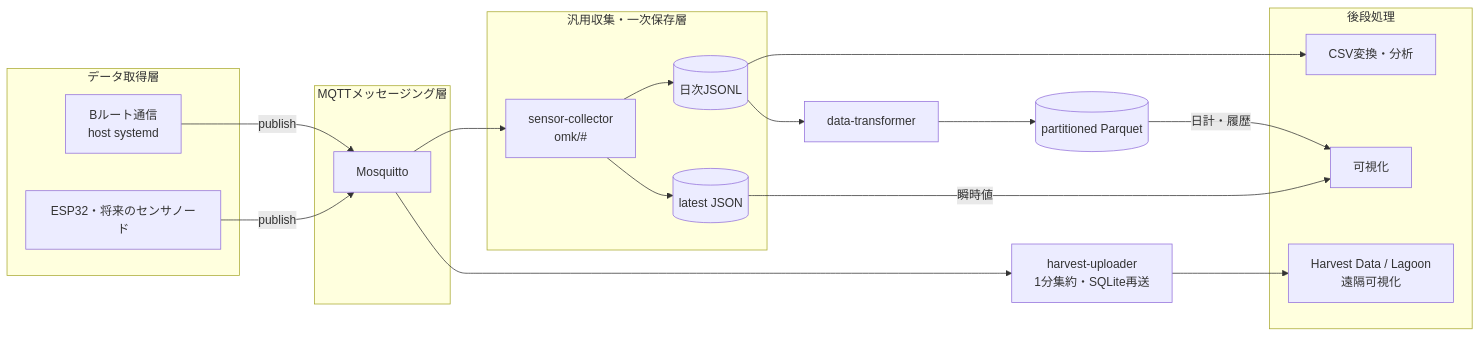
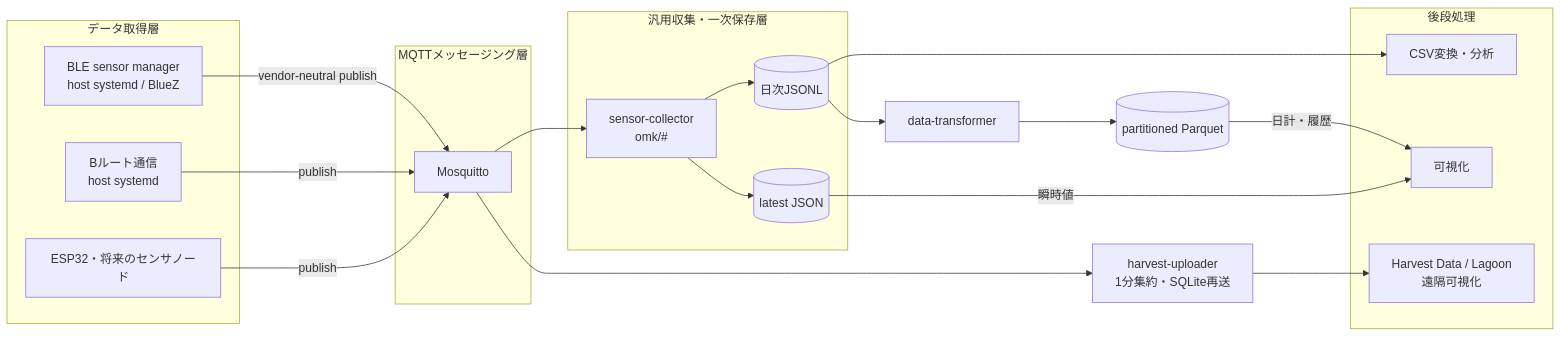
The second of 2 diagrams in docs/architecture.md (shattori-criepi/omk), drawn with Mermaid before and after one commit. The commit also changed 19 other files, not shown here.

Commit message:
Add SwitchBot BLE sensor setup and management

````diff
--- a/docs/architecture.md
+++ b/docs/architecture.md
@@ -91,31 +91,33 @@
 ```mermaid
 flowchart LR
     subgraph Acquisition[データ取得層]
         ESP[ESP32・将来のセンサノード]
         BR[Bルート通信<br/>host systemd]
+        BLE[BLE sensor manager<br/>host systemd / BlueZ]
     end
     subgraph Messaging[MQTTメッセージング層]
         MQ[Mosquitto]
     end
     subgraph Collection[汎用収集・一次保存層]
         COL[sensor-collector<br/>omk/#]
         JSONL[(日次JSONL)]
         LATEST[(latest JSON)]
     end
     subgraph Downstream[後段処理]
         CSV[CSV変換・分析]
         VIEW[可視化]
         SEND[外部送信]
     end
     ESP -->|publish| MQ
     BR -->|publish| MQ
+    BLE -->|vendor-neutral publish| MQ
     MQ --> COL --> JSONL
     COL --> LATEST
     JSONL --> TRANSFORM[data-transformer]
     TRANSFORM --> PARQUET[(partitioned Parquet)]
     JSONL --> CSV
     LATEST -->|瞬時値| VIEW
     PARQUET -->|日計・履歴| VIEW
     MQ --> HARVEST[harvest-uploader<br/>1分集約・SQLite再送]
     HARVEST --> SEND[Harvest Data / Lagoon<br/>遠隔可視化]
 ```
````
